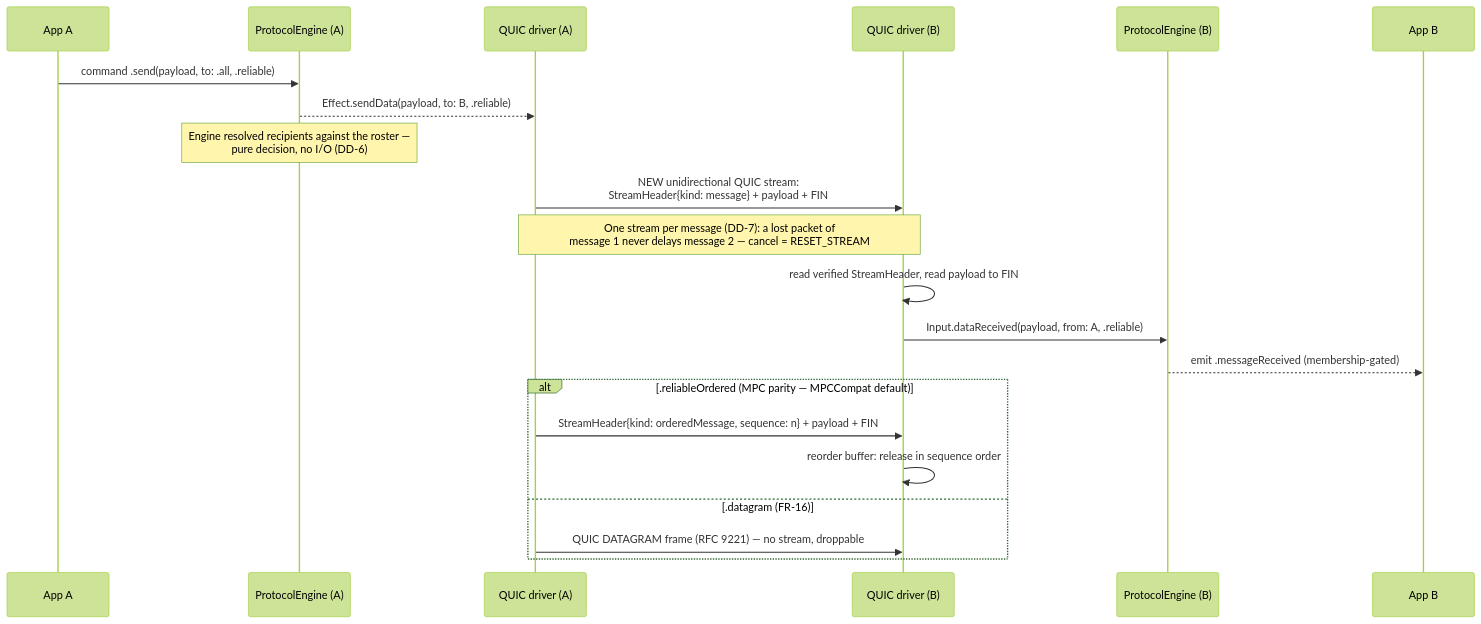
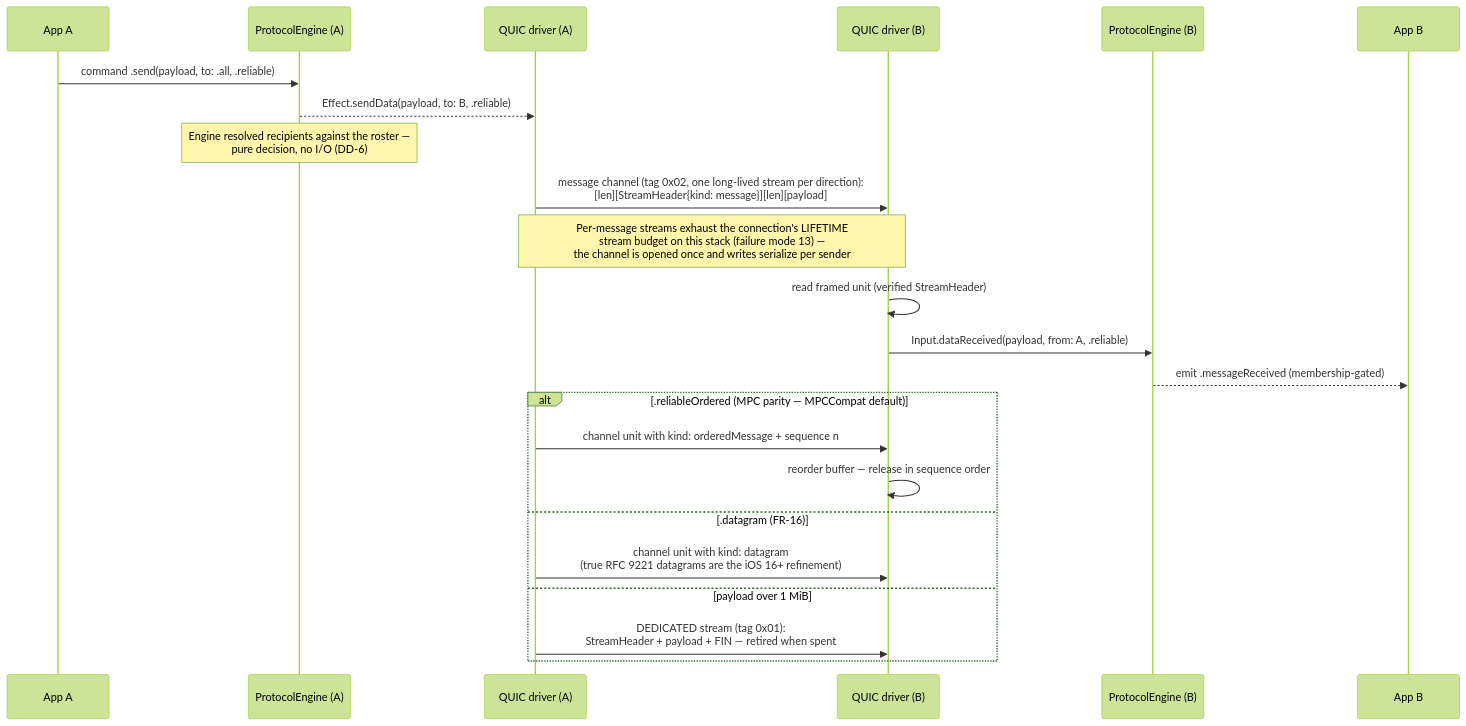
One commit to security-union/Stormo changed the fourth of 8 diagrams in docs/design-mpc-successor.md. Above: the diagram before and after it, drawn with Mermaid (forest theme). The commit also changed other lines of this file and 20 other files, not shown here.

First line of the commit message:
Transfers, StreamHeader shape, and docs: everything since #4 (#6)

````diff
--- a/docs/design-mpc-successor.md
+++ b/docs/design-mpc-successor.md
@@ -343,25 +343,27 @@
 ```mermaid
 sequenceDiagram
     participant AppA as App A
     participant EA as ProtocolEngine (A)
     participant DA as QUIC driver (A)
     participant DB as QUIC driver (B)
     participant EB as ProtocolEngine (B)
     participant AppB as App B
 
     AppA->>EA: command .send(payload, to: .all, .reliable)
     EA-->>DA: Effect.sendData(payload, to: B, .reliable)
     Note over EA: Engine resolved recipients against the roster —<br/>pure decision, no I/O (DD-6)
-    DA->>DB: NEW unidirectional QUIC stream:<br/>StreamHeader{kind: message} + payload + FIN
-    Note over DA,DB: One stream per message (DD-7): a lost packet of<br/>message 1 never delays message 2 — cancel = RESET_STREAM
-    DB->>DB: read verified StreamHeader, read payload to FIN
+    DA->>DB: message channel (tag 0x02, one long-lived stream per direction):<br/>[len][StreamHeader{kind: message}][len][payload]
+    Note over DA,DB: Per-message streams exhaust the connection's LIFETIME<br/>stream budget on this stack (failure mode 13) —<br/>the channel is opened once and writes serialize per sender
+    DB->>DB: read framed unit (verified StreamHeader)
     DB->>EB: Input.dataReceived(payload, from: A, .reliable)
     EB-->>AppB: emit .messageReceived (membership-gated)
 
     alt .reliableOrdered (MPC parity — MPCCompat default)
-        DA->>DB: StreamHeader{kind: orderedMessage, sequence: n} + payload + FIN
-        DB->>DB: reorder buffer: release in sequence order
+        DA->>DB: channel unit with kind: orderedMessage + sequence n
+        DB->>DB: reorder buffer — release in sequence order
     else .datagram (FR-16)
-        DA->>DB: QUIC DATAGRAM frame (RFC 9221) — no stream, droppable
+        DA->>DB: channel unit with kind: datagram<br/>(true RFC 9221 datagrams are the iOS 16+ refinement)
+    else payload over 1 MiB
+        DA->>DB: DEDICATED stream (tag 0x01):<br/>StreamHeader + payload + FIN — retired when spent
     end
 ```
````
